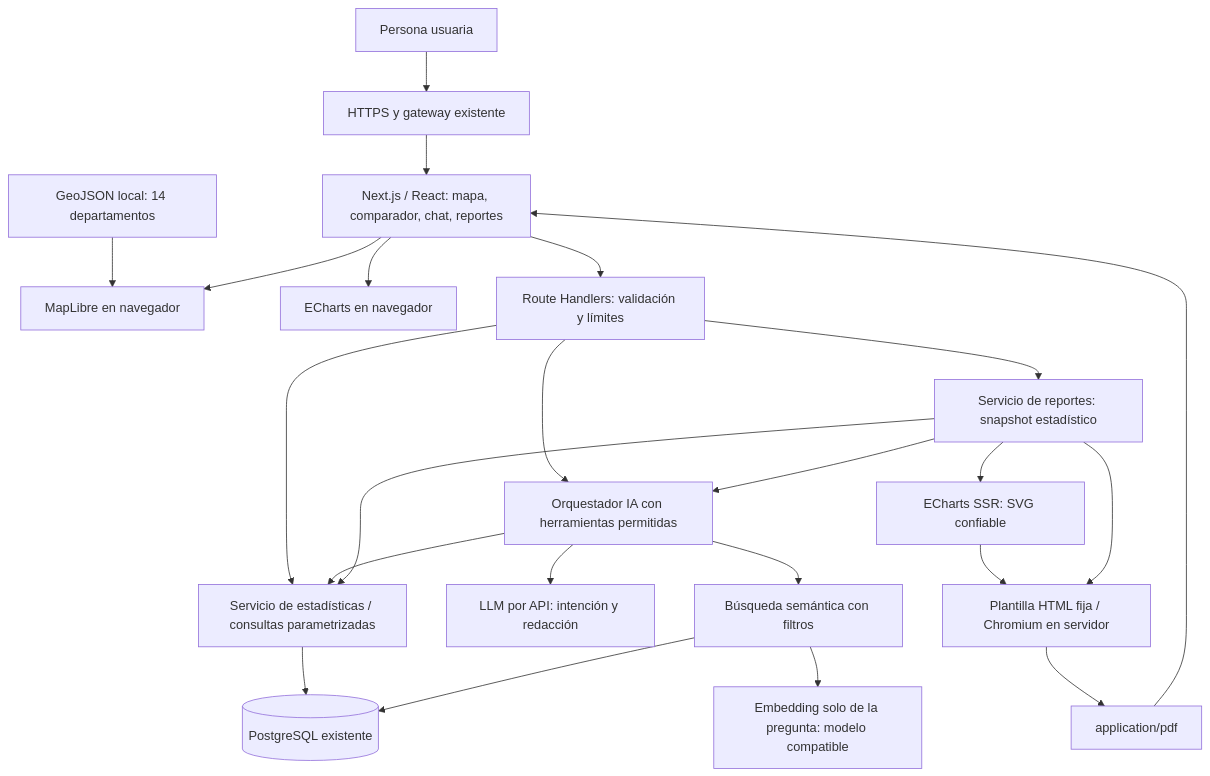
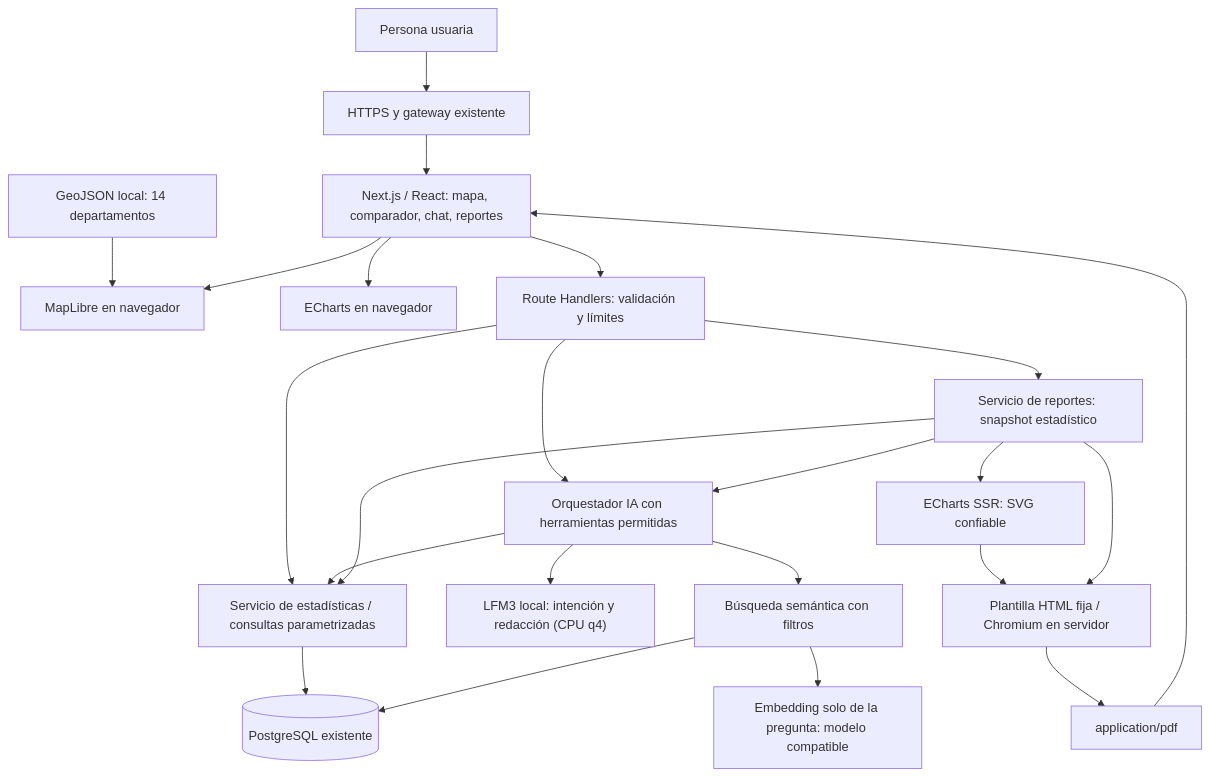
One commit to CUBO-IA/ImpactAtlas-Nemotron changed the diagram in docs/plan/01-arquitectura-y-datos.md. Above: the diagram before and after it, drawn with Mermaid. The commit also changed other lines of this file and 8 other files, not shown here.

````diff
--- a/docs/plan/01-arquitectura-y-datos.md
+++ b/docs/plan/01-arquitectura-y-datos.md
@@ -24,25 +24,25 @@
 ```mermaid
 flowchart TD
     U["Persona usuaria"] --> P["HTTPS y gateway existente"]
     P --> UI["Next.js / React: mapa, comparador, chat, reportes"]
     GEO["GeoJSON local: 14 departamentos"] --> MAP["MapLibre en navegador"]
     UI --> MAP
     UI --> CH["ECharts en navegador"]
     UI --> API["Route Handlers: validación y límites"]
     API --> ST["Servicio de estadísticas / consultas parametrizadas"]
     API --> AG["Orquestador IA con herramientas permitidas"]
-    AG --> LLM["LLM por API: intención y redacción"]
+    AG --> LLM["LFM3 local: intención y redacción (CPU q4)"]
     AG --> ST
     AG --> VS["Búsqueda semántica con filtros"]
     VS --> QE["Embedding solo de la pregunta: modelo compatible"]
     ST --> DB[("PostgreSQL existente")]
     VS --> DB
     API --> REP["Servicio de reportes: snapshot estadístico"]
     REP --> ST
     REP --> AG
     REP --> SVG["ECharts SSR: SVG confiable"]
     SVG --> PDF["Plantilla HTML fija / Chromium en servidor"]
     REP --> PDF
     PDF --> OUT["application/pdf"]
     OUT --> UI
 ```
````
